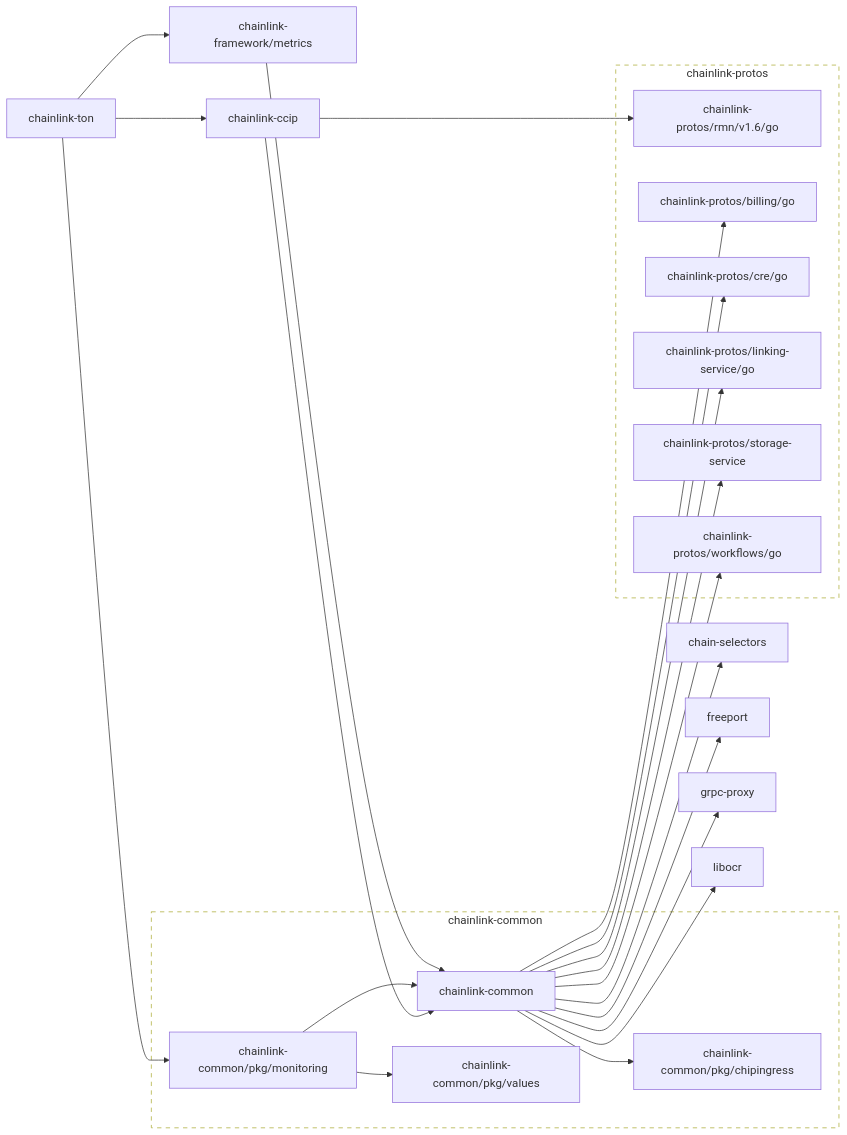
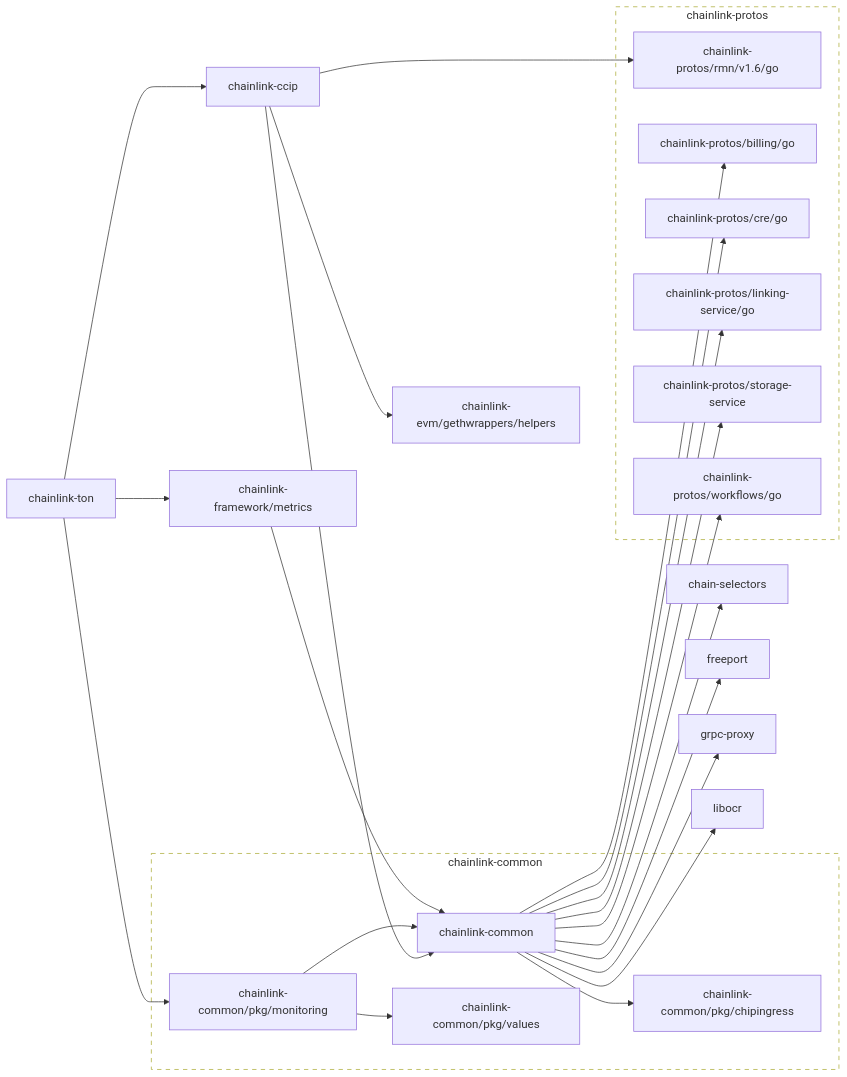
The first of 2 diagrams in go.md (fork-the-planet/smartcontractkit___chainlink-ton), drawn with Mermaid before and after one commit. The commit also changed other lines of this file and 15 other files, not shown here.

````diff
--- a/go.md
+++ b/go.md
@@ -3,72 +3,75 @@
 ```mermaid
 flowchart LR
 
 	chain-selectors
 	click chain-selectors href "https://github.com/smartcontractkit/chain-selectors"
 	chainlink-ccip --> chainlink-common
+	chainlink-ccip --> chainlink-evm/gethwrappers/helpers
 	chainlink-ccip --> chainlink-protos/rmn/v1.6/go
 	click chainlink-ccip href "https://github.com/smartcontractkit/chainlink-ccip"
 	chainlink-common --> chain-selectors
 	chainlink-common --> chainlink-common/pkg/chipingress
 	chainlink-common --> chainlink-protos/billing/go
 	chainlink-common --> chainlink-protos/cre/go
 	chainlink-common --> chainlink-protos/linking-service/go
 	chainlink-common --> chainlink-protos/storage-service
 	chainlink-common --> chainlink-protos/workflows/go
 	chainlink-common --> freeport
 	chainlink-common --> grpc-proxy
 	chainlink-common --> libocr
 	click chainlink-common href "https://github.com/smartcontractkit/chainlink-common"
 	chainlink-common/pkg/chipingress
 	click chainlink-common/pkg/chipingress href "https://github.com/smartcontractkit/chainlink-common"
 	chainlink-common/pkg/monitoring --> chainlink-common
 	chainlink-common/pkg/monitoring --> chainlink-common/pkg/values
 	click chainlink-common/pkg/monitoring href "https://github.com/smartcontractkit/chainlink-common"
 	chainlink-common/pkg/values
 	click chainlink-common/pkg/values href "https://github.com/smartcontractkit/chainlink-common"
+	chainlink-evm/gethwrappers/helpers
+	click chainlink-evm/gethwrappers/helpers href "https://github.com/smartcontractkit/chainlink-evm"
 	chainlink-framework/metrics --> chainlink-common
 	click chainlink-framework/metrics href "https://github.com/smartcontractkit/chainlink-framework"
 	chainlink-protos/billing/go
 	click chainlink-protos/billing/go href "https://github.com/smartcontractkit/chainlink-protos"
 	chainlink-protos/cre/go
 	click chainlink-protos/cre/go href "https://github.com/smartcontractkit/chainlink-protos"
 	chainlink-protos/linking-service/go
 	click chainlink-protos/linking-service/go href "https://github.com/smartcontractkit/chainlink-protos"
 	chainlink-protos/rmn/v1.6/go
 	click chainlink-protos/rmn/v1.6/go href "https://github.com/smartcontractkit/chainlink-protos"
 	chainlink-protos/storage-service
 	click chainlink-protos/storage-service href "https://github.com/smartcontractkit/chainlink-protos"
 	chainlink-protos/workflows/go
 	click chainlink-protos/workflows/go href "https://github.com/smartcontractkit/chainlink-protos"
 	chainlink-ton --> chainlink-ccip
 	chainlink-ton --> chainlink-common/pkg/monitoring
 	chainlink-ton --> chainlink-framework/metrics
 	click chainlink-ton href "https://github.com/smartcontractkit/chainlink-ton"
 	freeport
 	click freeport href "https://github.com/smartcontractkit/freeport"
 	grpc-proxy
 	click grpc-proxy href "https://github.com/smartcontractkit/grpc-proxy"
 	libocr
 	click libocr href "https://github.com/smartcontractkit/libocr"
 
 	subgraph chainlink-common-repo[chainlink-common]
 		 chainlink-common
 		 chainlink-common/pkg/chipingress
 		 chainlink-common/pkg/monitoring
 		 chainlink-common/pkg/values
 	end
 	click chainlink-common-repo href "https://github.com/smartcontractkit/chainlink-common"
 
 	subgraph chainlink-protos-repo[chainlink-protos]
 		 chainlink-protos/billing/go
 		 chainlink-protos/cre/go
 		 chainlink-protos/linking-service/go
 		 chainlink-protos/rmn/v1.6/go
 		 chainlink-protos/storage-service
 		 chainlink-protos/workflows/go
 	end
 	click chainlink-protos-repo href "https://github.com/smartcontractkit/chainlink-protos"
 
 	classDef outline stroke-dasharray:6,fill:none;
 	class chainlink-common-repo,chainlink-protos-repo outline
 ```
````
